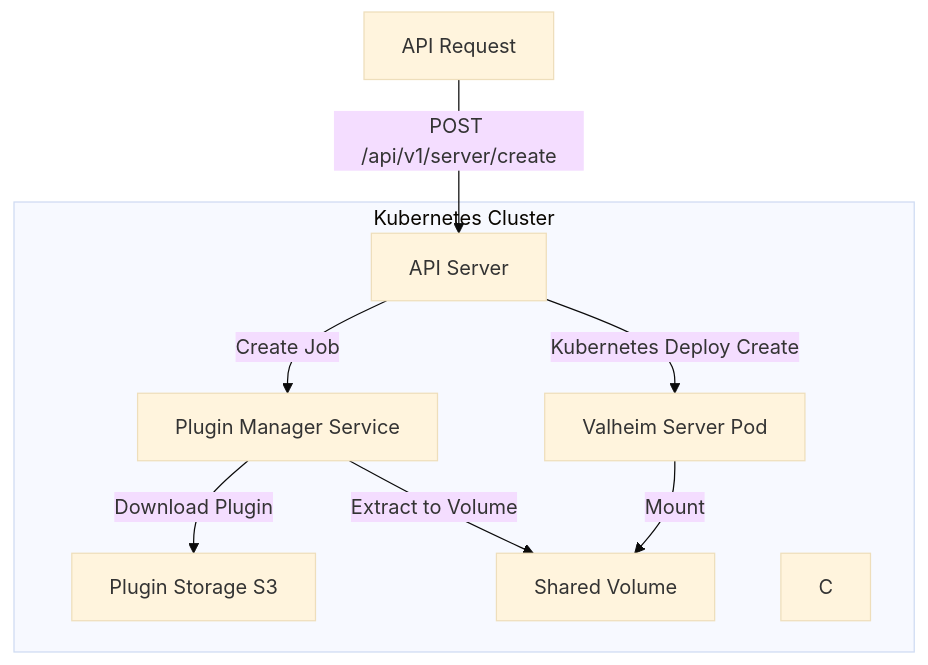
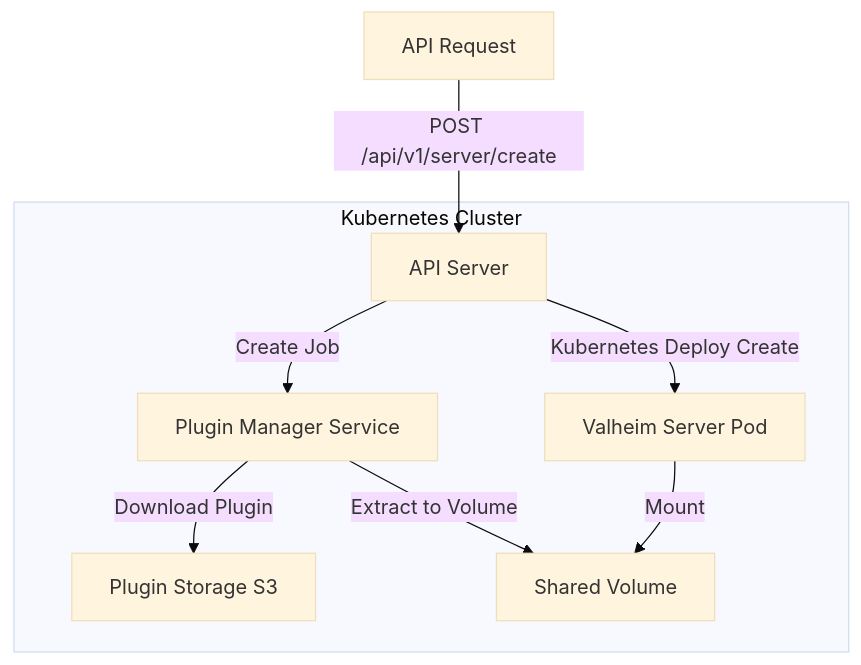
The first of 2 diagrams in README.md (cbartram/hearthhub-kube-api), drawn with Mermaid (base theme) before and after one commit. The commit also changed 1 other file, not shown here.

````diff
--- a/README.md
+++ b/README.md
@@ -30,18 +30,17 @@
 ```mermaid
 flowchart TD
     A[API Request] -->|POST /api/v1/server/create| B[API Server]
     B -->|Create Job| D[Plugin Manager Service]
     B -->|Kubernetes Deploy Create| G[Valheim Server Pod]
     D -->|Download Plugin| E[Plugin Storage S3]
     D -->|Extract to Volume| F[Shared Volume]
     G[Valheim Server Pod] -->|Mount| F
     
     subgraph Kubernetes Cluster
         B
-        C
         D
         E
         F
         G
     end
 ```
````
